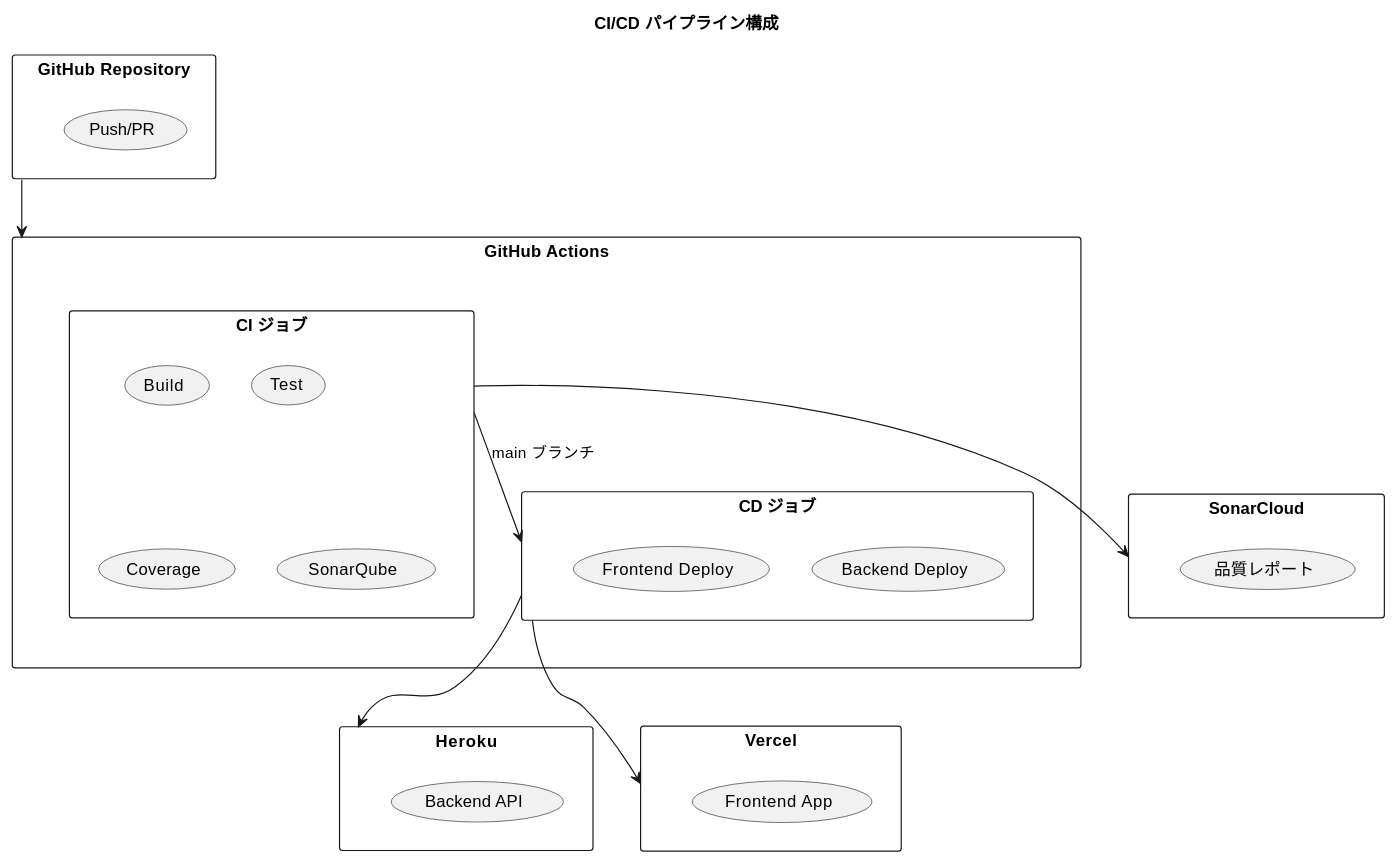
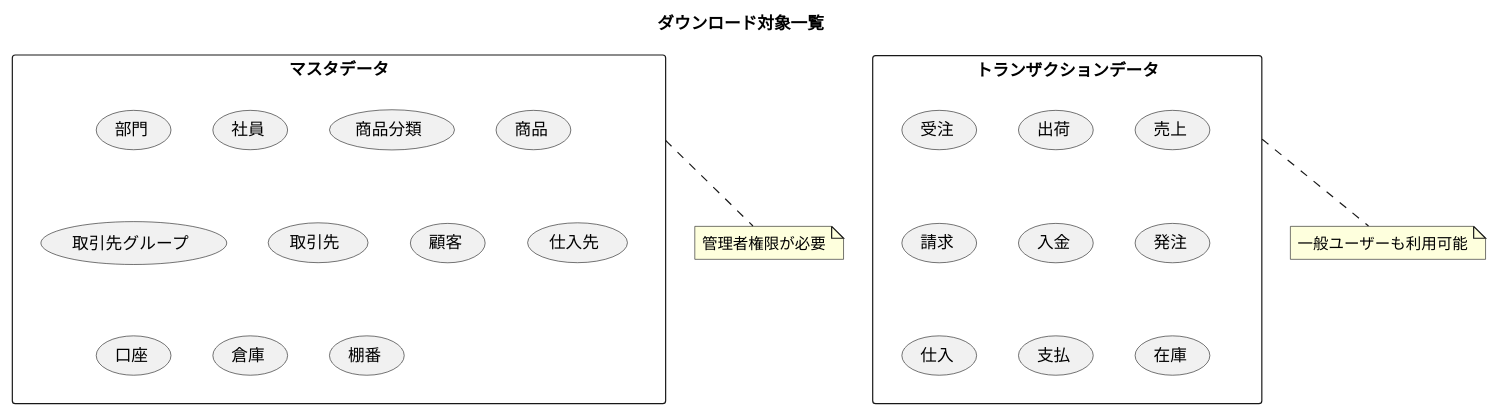
Before and after one commit to k2works/case-study-sales: the fifth of 8 diagrams in docs/article/chapter22.md, drawn with PlantUML. The commit also changed other lines of this file and 7 other files, not shown here.

````diff
--- a/docs/article/chapter22.md
+++ b/docs/article/chapter22.md
@@ -98,42 +317,40 @@
 ```plantuml
 @startuml
-title CI/CD パイプライン構成
+title ダウンロード対象一覧
 
-rectangle "GitHub Repository" as repo {
-  (Push/PR)
+rectangle "マスタデータ" {
+  (部門)
+  (社員)
+  (商品分類)
+  (商品)
+  (取引先グループ)
+  (取引先)
+  (顧客)
+  (仕入先)
+  (口座)
+  (倉庫)
+  (棚番)
 }
 
-rectangle "GitHub Actions" as actions {
-  rectangle "CI ジョブ" as ci {
-    (Build)
-    (Test)
-    (Coverage)
-    (SonarQube)
-  }
-
-  rectangle "CD ジョブ" as cd {
-    (Backend Deploy)
-    (Frontend Deploy)
-  }
+rectangle "トランザクションデータ" {
+  (受注)
+  (出荷)
+  (売上)
+  (請求)
+  (入金)
+  (発注)
+  (仕入)
+  (支払)
+  (在庫)
 }
 
-rectangle "Heroku" as heroku {
-  (Backend API)
-}
+note bottom of マスタデータ
+  管理者権限が必要
+end note
 
-rectangle "Vercel" as vercel {
-  (Frontend App)
-}
-
-rectangle "SonarCloud" as sonar {
-  (品質レポート)
-}
-
-repo --> actions
-ci --> cd : "main ブランチ"
-cd --> heroku
-cd --> vercel
-ci --> sonar
+note bottom of トランザクションデータ
+  一般ユーザーも利用可能
+end note
 
 @enduml
 ```
````
